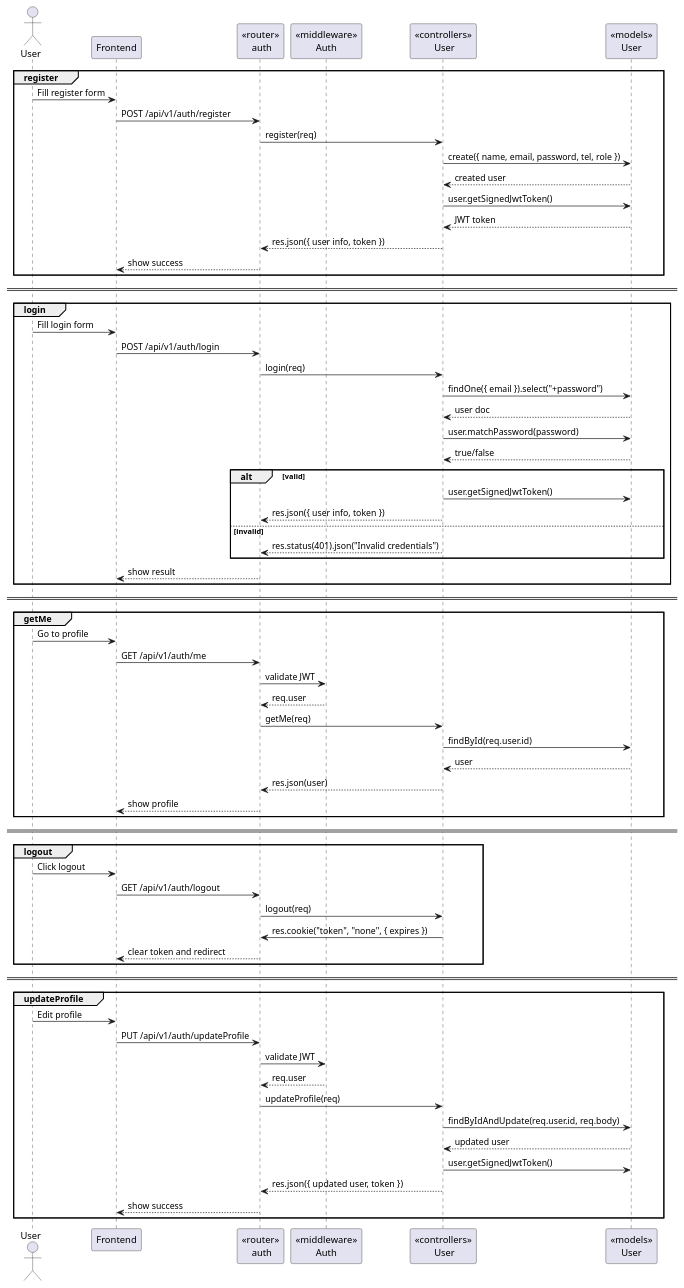
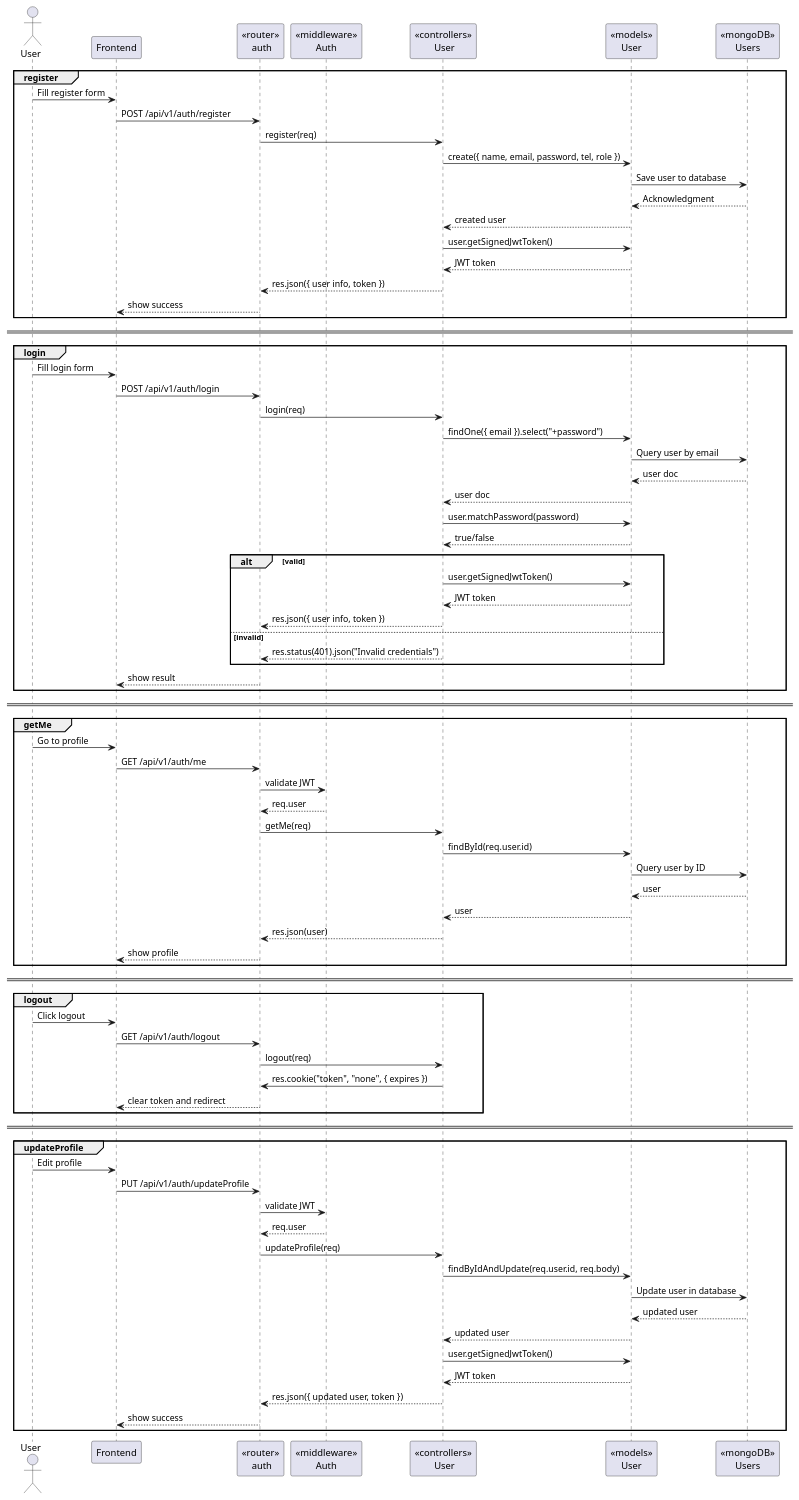
The diagram in utils/plantUML/code/user.puml (sw-dev-prac-final-project/backend), drawn with PlantUML before and after one commit. The commit also changed 5 other files, not shown here.

Commit message:
fix: sequence diagram add MongoDB

```diff
--- a/utils/plantUML/code/user.puml
+++ b/utils/plantUML/code/user.puml
@@ -1,79 +1,90 @@
 @startuml user
 actor User
 participant "Frontend" as FE
 participant "<<router>>\n auth" as Router
 participant "<<middleware>>\nAuth" as Auth
 participant "<<controllers>>\n User" as Controller
 participant "<<models>>\nUser" as UserModel
+participant "<<mongoDB>>\nUsers" as UsersDB
 
 group register
 User -> FE : Fill register form
 FE -> Router : POST /api/v1/auth/register
 Router -> Controller : register(req)
 Controller -> UserModel : create({ name, email, password, tel, role })
+UserModel -> UsersDB : Save user to database
+UsersDB --> UserModel : Acknowledgment
 UserModel --> Controller : created user
 Controller -> UserModel : user.getSignedJwtToken()
 UserModel --> Controller : JWT token
 Controller --> Router : res.json({ user info, token })
 Router --> FE : show success
 end
 
 == ==
 
 group login
 User -> FE : Fill login form
 FE -> Router : POST /api/v1/auth/login
 Router -> Controller : login(req)
 Controller -> UserModel : findOne({ email }).select("+password")
+UserModel -> UsersDB : Query user by email
+UsersDB --> UserModel : user doc
 UserModel --> Controller : user doc
 Controller -> UserModel : user.matchPassword(password)
 UserModel --> Controller : true/false
 alt valid
   Controller -> UserModel : user.getSignedJwtToken()
+  UserModel --> Controller : JWT token
   Controller --> Router : res.json({ user info, token })
 else invalid
   Controller --> Router : res.status(401).json("Invalid credentials")
 end
 Router --> FE : show result
 end
 
 == ==
 
 group getMe
 User -> FE : Go to profile
 FE -> Router : GET /api/v1/auth/me
 Router -> Auth : validate JWT
 Auth --> Router : req.user
 Router -> Controller : getMe(req)
 Controller -> UserModel : findById(req.user.id)
+UserModel -> UsersDB : Query user by ID
+UsersDB --> UserModel : user
 UserModel --> Controller : user
 Controller --> Router : res.json(user)
 Router --> FE : show profile
 end
 
 == ==
 
 group logout
 User -> FE : Click logout
 FE -> Router : GET /api/v1/auth/logout
 Router -> Controller : logout(req)
 Controller -> Router : res.cookie("token", "none", { expires })
 Router --> FE : clear token and redirect
 end
 
 == ==
 
 group updateProfile
 User -> FE : Edit profile
 FE -> Router : PUT /api/v1/auth/updateProfile
 Router -> Auth : validate JWT
 Auth --> Router : req.user
 Router -> Controller : updateProfile(req)
 Controller -> UserModel : findByIdAndUpdate(req.user.id, req.body)
+UserModel -> UsersDB : Update user in database
+UsersDB --> UserModel : updated user
 UserModel --> Controller : updated user
 Controller -> UserModel : user.getSignedJwtToken()
+UserModel --> Controller : JWT token
 Controller --> Router : res.json({ updated user, token })
 Router --> FE : show success
 end
 
 @enduml
```
